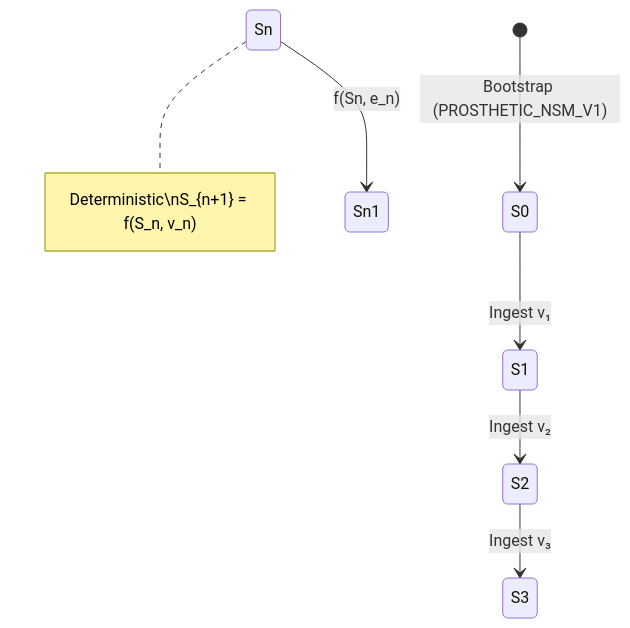
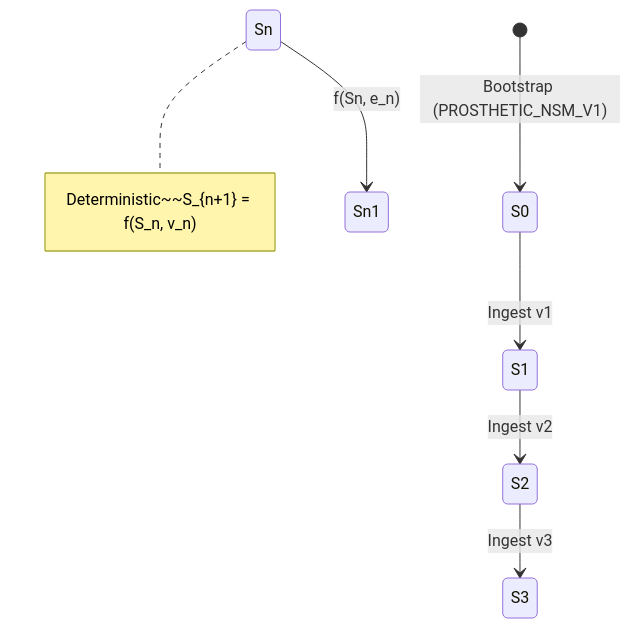
Before and after one commit to AlexusPacicus/Traianus: the first of 4 diagrams in docs/architecture/ARCHITECTURE.md, drawn with Mermaid.

Commit message:
docs: fix Mermaid stateDiagram unicode + line breaks

````diff
--- a/docs/architecture/ARCHITECTURE.md
+++ b/docs/architecture/ARCHITECTURE.md
@@ -44,9 +44,9 @@
 ```mermaid
 stateDiagram-v2
     [*] --> S0: Bootstrap (PROSTHETIC_NSM_V1)
-    S0 --> S1: Ingest v₁
-    S1 --> S2: Ingest v₂
-    S2 --> S3: Ingest v₃
+    S0 --> S1: Ingest v1
+    S1 --> S2: Ingest v2
+    S2 --> S3: Ingest v3
     Sn --> Sn1: f(Sn, e_n)
-    note right of Sn: Deterministic\nS_{n+1} = f(S_n, v_n)
+    note right of Sn: Deterministic~~S_{n+1} = f(S_n, v_n)
 ```
````
